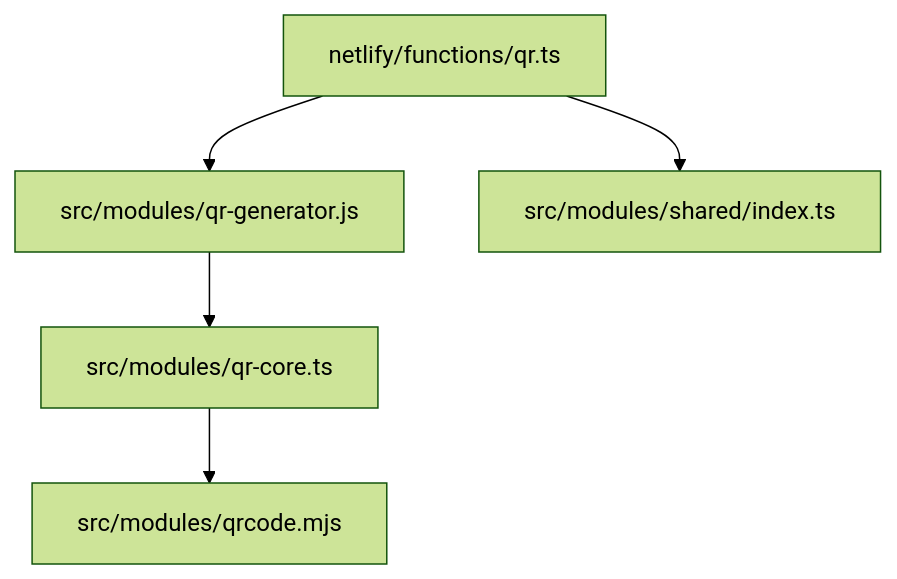
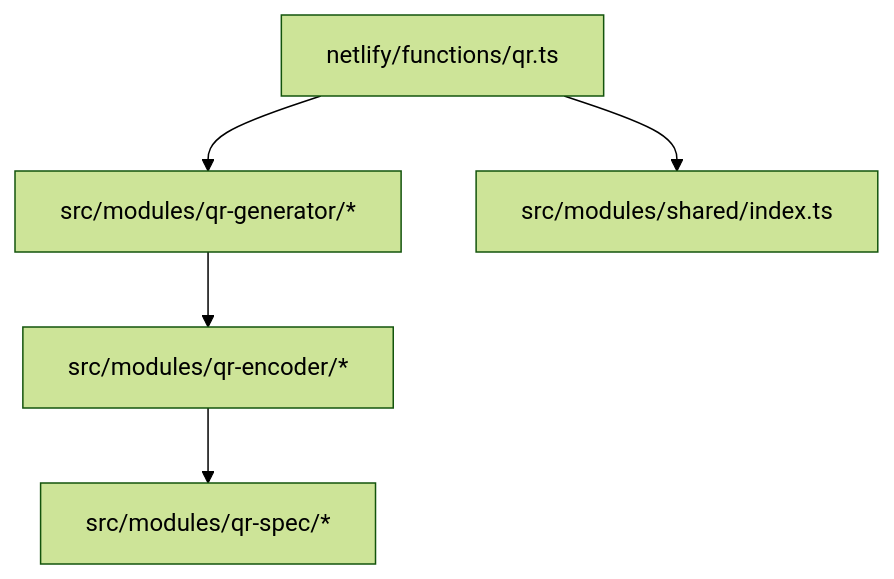
Before and after one commit to maldous/anqr: the second of 3 diagrams in knowledge.md, drawn with Mermaid (forest theme). The commit also changed other lines of this file and 22 other files, not shown here.

````diff
--- a/knowledge.md
+++ b/knowledge.md
@@ -71,7 +69,7 @@
 ```mermaid
 flowchart TD
-  S[netlify/functions/qr.ts] --> G[src/modules/qr-generator.js]
+  S[netlify/functions/qr.ts] --> G[src/modules/qr-generator/*]
   S --> SH[src/modules/shared/index.ts]
-  G --> M[src/modules/qr-core.ts]
-  M --> N[src/modules/qrcode.mjs]
+  G --> M[src/modules/qr-encoder/*]
+  M --> N[src/modules/qr-spec/*]
 ```
````
